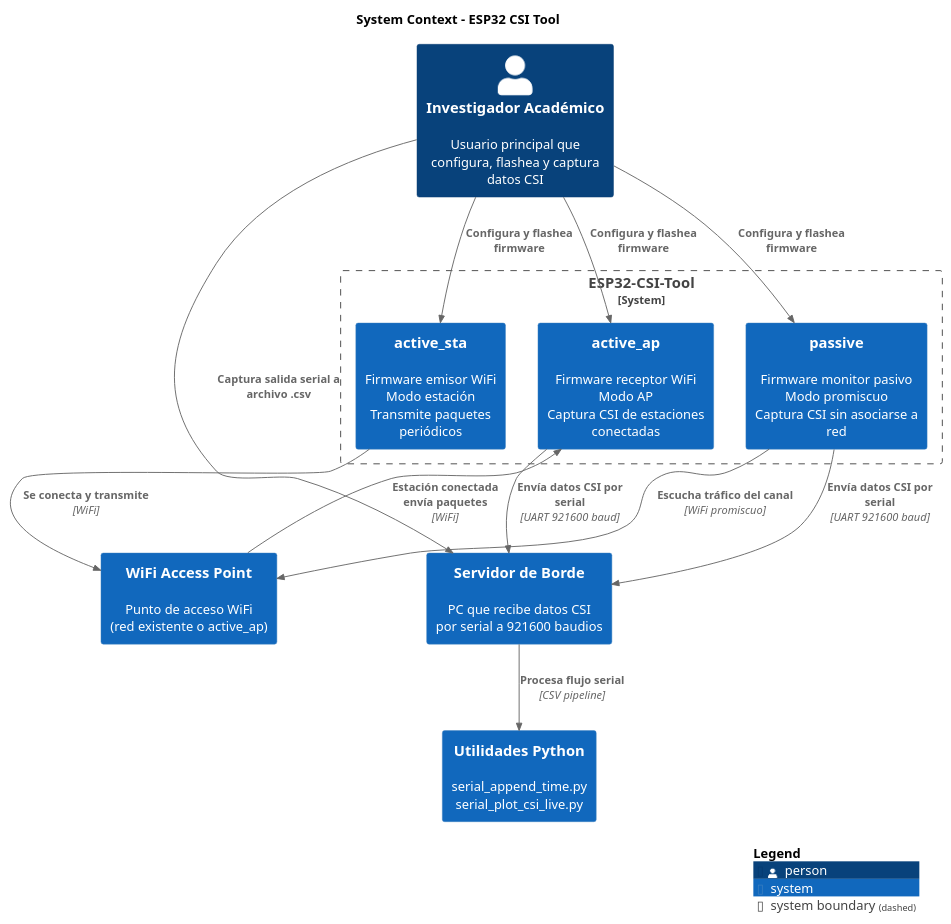
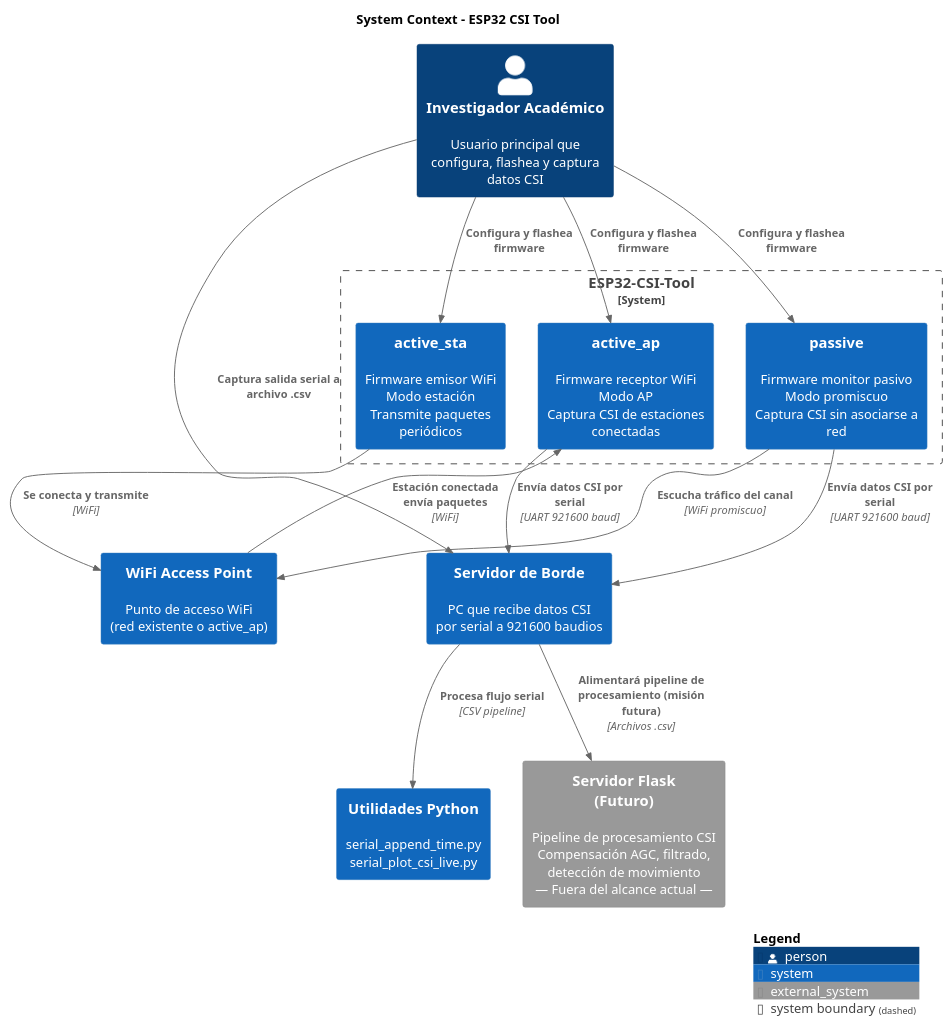
Before and after one commit to Lekzard117/CSI_ESP32: the diagram in models-v1/c4-context-diagram.puml, drawn with PlantUML. The commit also changed 1 other file, not shown here.

```diff
--- a/models-v1/c4-context-diagram.puml
+++ b/models-v1/c4-context-diagram.puml
@@ -1,35 +1,41 @@
 @startuml ESP32-CSI-Tool - C4 Context Diagram
 !include https://raw.githubusercontent.com/plantuml-stdlib/C4-PlantUML/master/C4_Context.puml
 
 LAYOUT_WITH_LEGEND()
 
 title System Context - ESP32 CSI Tool
+' Nota: La capa Flask (procesamiento de señales) será especificada en misión futura.
+' Este diagrama refleja SOLO el estado actual del firmware ESP32.
 
 Person(investigador, "Investigador Académico", "Usuario principal que configura, flashea y captura datos CSI")
 
 System_Boundary(csi_system, "ESP32-CSI-Tool") {
     System(active_sta, "active_sta", "Firmware emisor WiFi\nModo estación\nTransmite paquetes periódicos")
     System(active_ap, "active_ap", "Firmware receptor WiFi\nModo AP\nCaptura CSI de estaciones conectadas")
     System(passive, "passive", "Firmware monitor pasivo\nModo promiscuo\nCaptura CSI sin asociarse a red")
 }
 
 System(router, "WiFi Access Point", "Punto de acceso WiFi\n(red existente o active_ap)")
 System(pc_server, "Servidor de Borde", "PC que recibe datos CSI\npor serial a 921600 baudios")
 System(serial_tools, "Utilidades Python", "serial_append_time.py\nserial_plot_csi_live.py")
+
+System_Ext(flask_future, "Servidor Flask\n(Futuro)", "Pipeline de procesamiento CSI\nCompensación AGC, filtrado,\ndetección de movimiento\n— Fuera del alcance actual —")
 
 Rel(investigador, active_sta, "Configura y flashea firmware")
 Rel(investigador, active_ap, "Configura y flashea firmware")
 Rel(investigador, passive, "Configura y flashea firmware")
 
 Rel(active_sta, router, "Se conecta y transmite", "WiFi")
 Rel(router, active_ap, "Estación conectada envía paquetes", "WiFi")
 Rel(passive, router, "Escucha tráfico del canal", "WiFi promiscuo")
 
 Rel(active_ap, pc_server, "Envía datos CSI por serial", "UART 921600 baud")
 Rel(passive, pc_server, "Envía datos CSI por serial", "UART 921600 baud")
 Rel(pc_server, serial_tools, "Procesa flujo serial", "CSV pipeline")
 
 Rel(investigador, pc_server, "Captura salida serial a archivo .csv")
 
+Rel(pc_server, flask_future, "Alimentará pipeline de\nprocesamiento (misión futura)", "Archivos .csv")
+
 SHOW_LEGEND()
 @enduml
```
